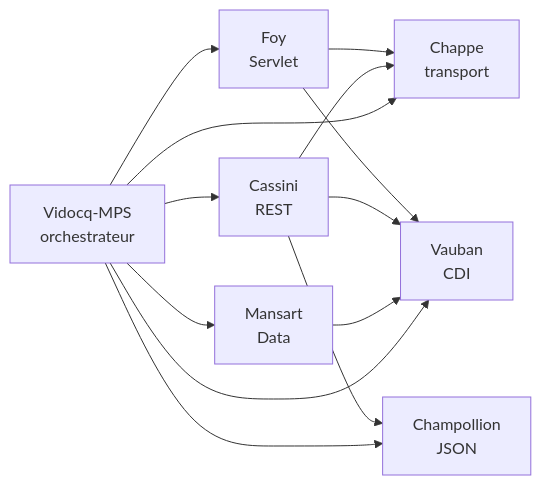
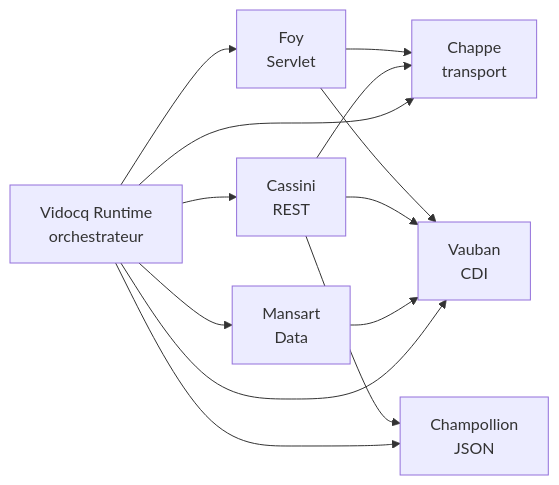
The second of 2 diagrams in content/home-fr/modules/ROOT/pages/architecture.adoc (vidocq-stack/vidocq-docs), drawn with Mermaid before and after one commit. The commit also changed other lines of this file and 11 other files, not shown here.

Commit message:
docs: rename vidocq-mps → vidocq (Vidocq Runtime)

```diff
--- a/content/home-fr/modules/ROOT/pages/architecture.adoc
+++ b/content/home-fr/modules/ROOT/pages/architecture.adoc
@@ -63,24 +63,24 @@
 [mermaid]
 ....
 flowchart LR
     CHAPPE[Chappe<br/>transport]
     VAUBAN[Vauban<br/>CDI]
     CHAMPOLLION[Champollion<br/>JSON]
     FOY[Foy<br/>Servlet]
     CASSINI[Cassini<br/>REST]
     MANSART[Mansart<br/>Data]
-    VIDOCQ[Vidocq-MPS<br/>orchestrateur]
+    VIDOCQ[Vidocq Runtime<br/>orchestrateur]
 
     FOY --> CHAPPE
     FOY --> VAUBAN
     CASSINI --> CHAPPE
     CASSINI --> VAUBAN
     CASSINI --> CHAMPOLLION
     MANSART --> VAUBAN
     VIDOCQ --> FOY
     VIDOCQ --> CASSINI
     VIDOCQ --> VAUBAN
     VIDOCQ --> CHAMPOLLION
     VIDOCQ --> CHAPPE
     VIDOCQ --> MANSART
 ....
```
